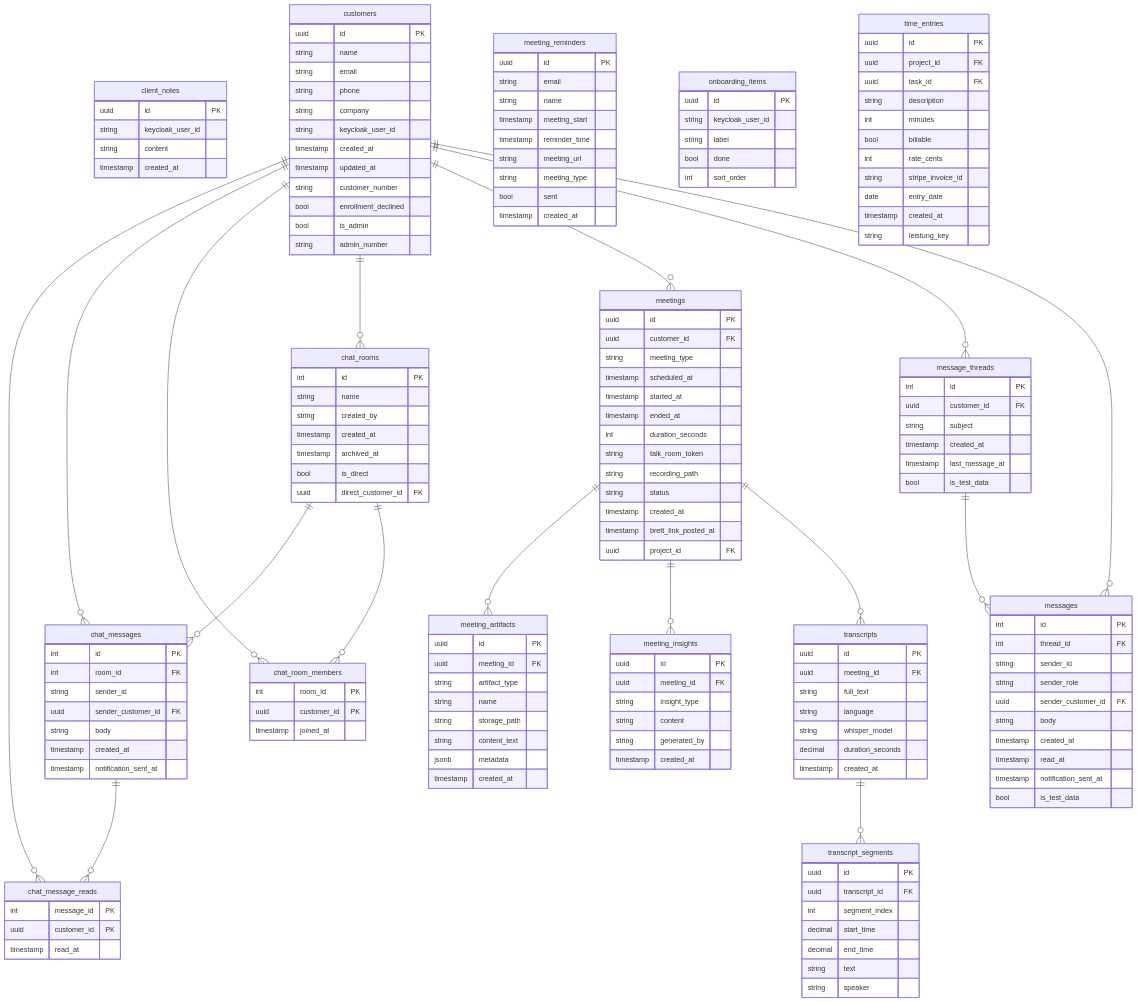
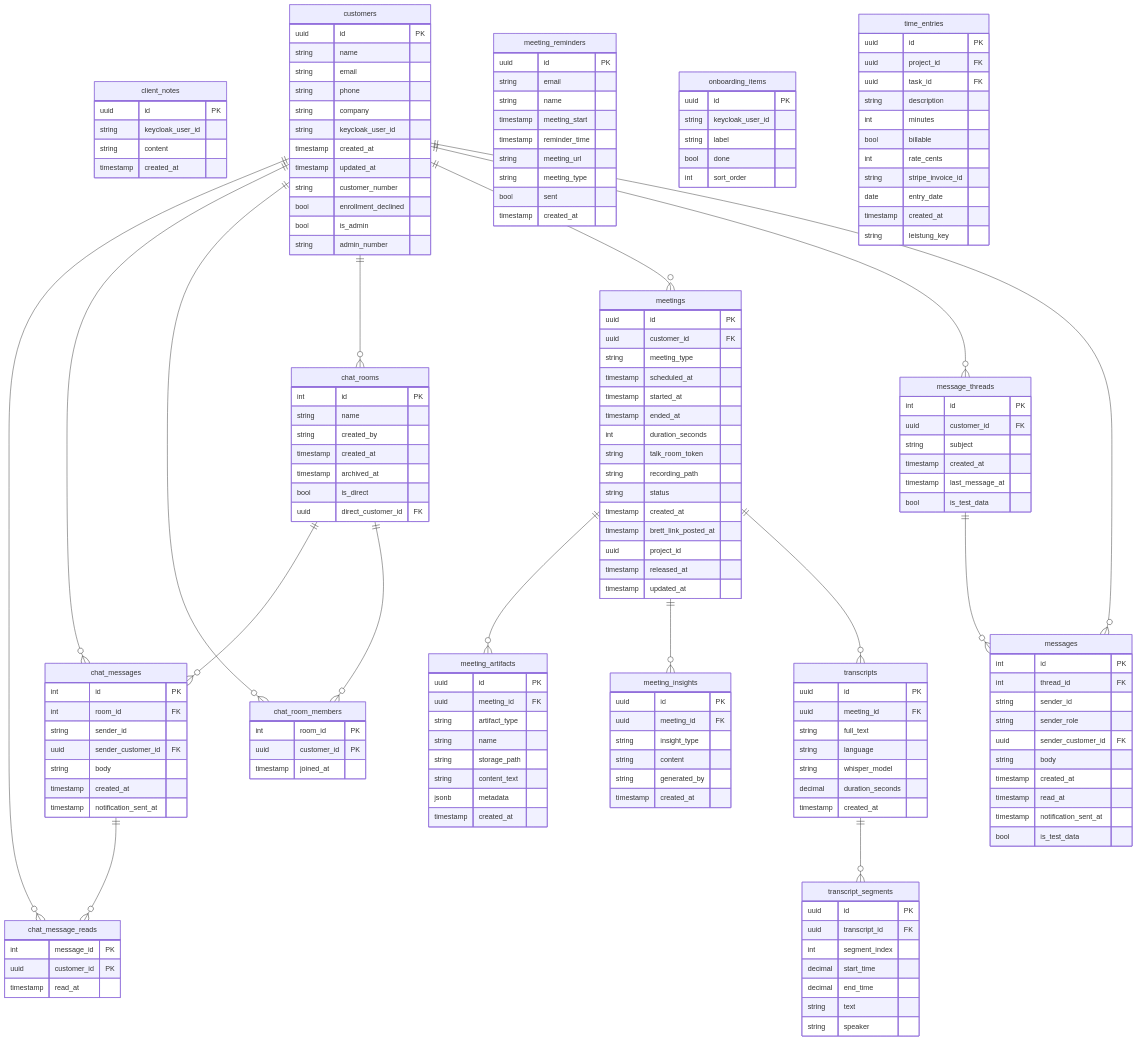
One commit to Paddione/Bachelorprojekt changed the first of 8 diagrams in docs/db-schema-diagram.md. Above: the diagram before and after it, drawn with Mermaid. The commit also changed other lines of this file and 10 other files, not shown here.

```diff
--- a/docs/db-schema-diagram.md
+++ b/docs/db-schema-diagram.md
@@ -109,7 +109,9 @@
     string status
     timestamp created_at
     timestamp brett_link_posted_at
-    uuid project_id FK
+    uuid project_id
+    timestamp released_at
+    timestamp updated_at
   }
   message_threads {
     int id PK
```
